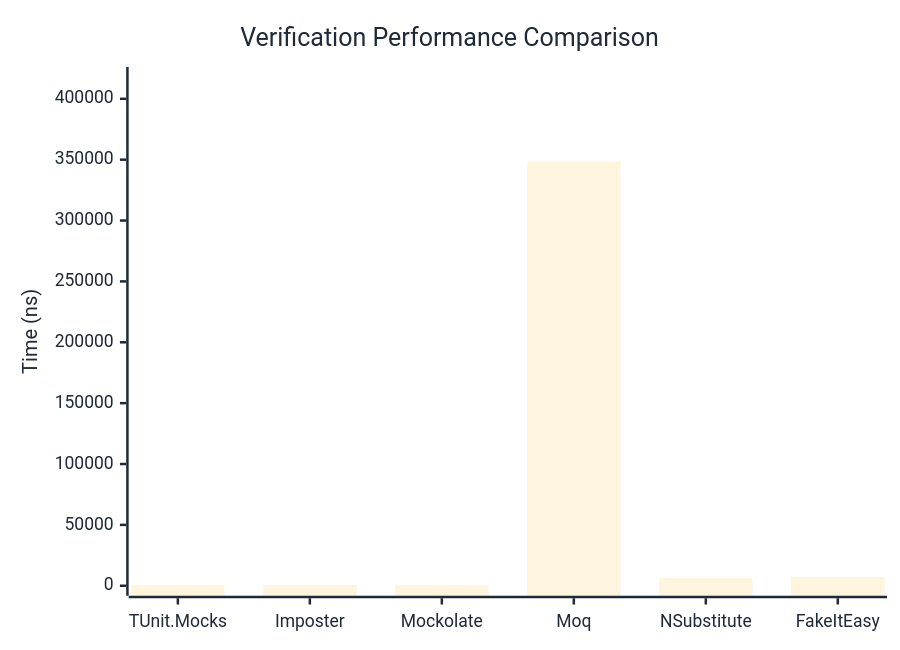
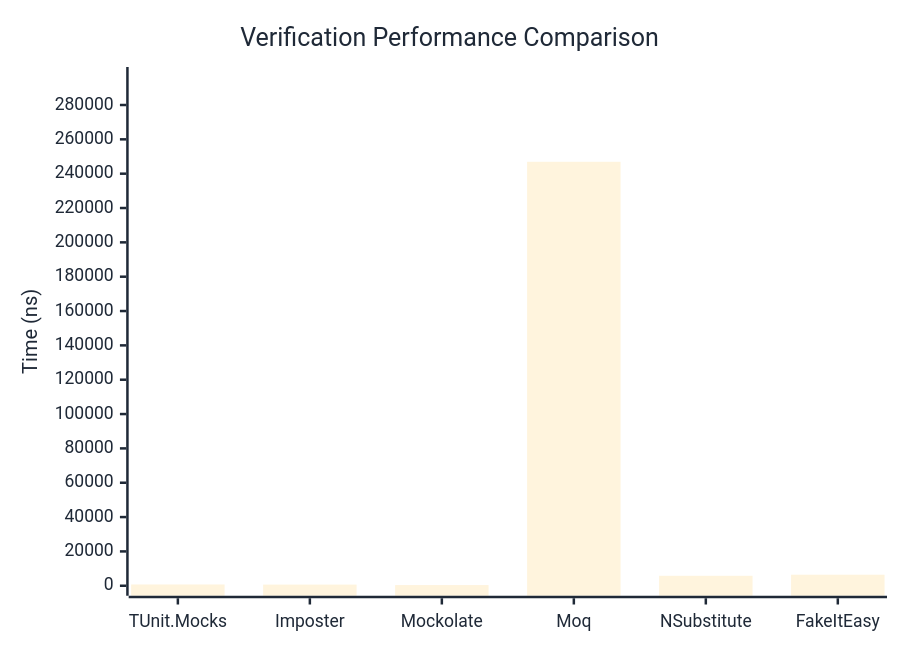
Before and after one commit to thomhurst/TUnit: the first of 3 diagrams in docs/docs/benchmarks/mocks/Verification.md, drawn with Mermaid. The commit also changed other lines of this file and 14 other files, not shown here.

````diff
--- a/docs/docs/benchmarks/mocks/Verification.md
+++ b/docs/docs/benchmarks/mocks/Verification.md
@@ -30,27 +30,27 @@
 ```mermaid
 %%{init: {
   'theme':'base',
   'themeVariables': {
     'primaryColor': '#2563eb',
     'primaryTextColor': '#1f2937',
     'primaryBorderColor': '#1e40af',
     'lineColor': '#6b7280',
     'secondaryColor': '#7c3aed',
     'tertiaryColor': '#dc2626',
     'background': '#ffffff',
     'pie1': '#2563eb',
     'pie2': '#7c3aed',
     'pie3': '#dc2626',
     'pie4': '#f59e0b',
     'pie5': '#10b981',
     'pie6': '#06b6d4',
     'pie7': '#ec4899',
     'pie8': '#6366f1'
   }
 }}%%
 xychart-beta
   title "Verification Performance Comparison"
   x-axis ["TUnit.Mocks", "Imposter", "Mockolate", "Moq", "NSubstitute", "FakeItEasy"]
-  y-axis "Time (ns)" 0 --> 417915
-  bar [709.7, 671.96, 419.05, 348262.33, 6294.92, 7243.91]
+  y-axis "Time (ns)" 0 --> 296308
+  bar [748.37, 673.64, 398.33, 246923.12, 5807.42, 6436.14]
 ```
````
